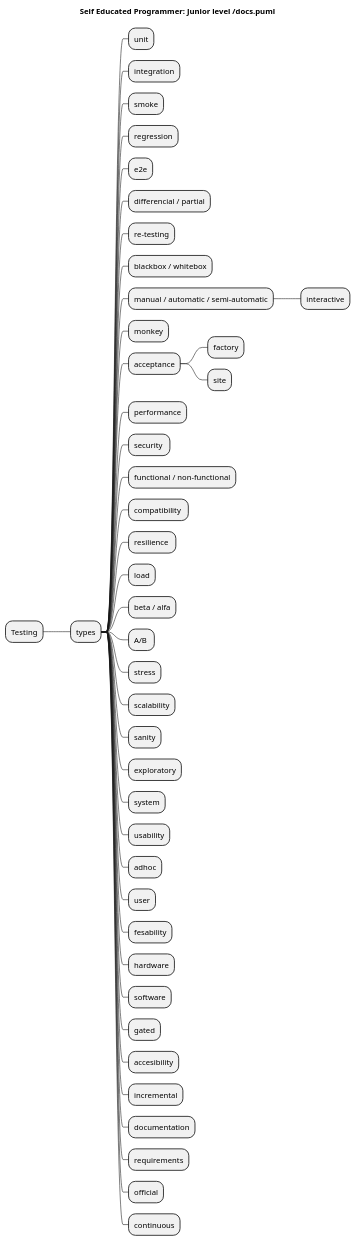
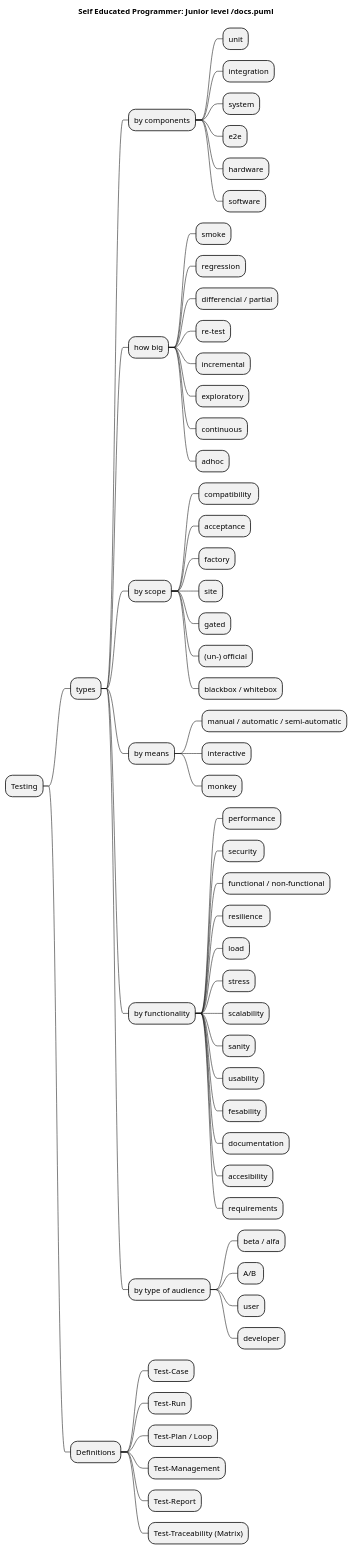
The diagram in testing.puml (SmartSoftDev/self_educated_software_programmer_path), drawn with PlantUML before and after one commit. The commit also changed 12 other files, not shown here.

```diff
--- a/testing.puml
+++ b/testing.puml
@@ -1,50 +1,71 @@
 @startmindmap
 title Self Educated Programmer: Junior level /docs.puml
 
 * Testing
 ** types
-*** unit
-*** integration
-*** smoke
-*** regression
-*** e2e
-*** differencial / partial
-*** re-testing
-*** blackbox / whitebox
-*** manual / automatic / semi-automatic
-**** interactive
-*** monkey
-*** acceptance
+
+*** by components
+**** unit
+**** integration
+**** system
+**** e2e
+**** hardware
+**** software
+
+*** how big
+**** smoke
+**** regression
+**** differencial / partial
+**** re-test
+**** incremental
+**** exploratory
+**** continuous
+**** adhoc
+
+*** by scope
+**** compatibility 
+**** acceptance
 **** factory
 **** site
-*** performance
-*** security 
-*** functional / non-functional
-*** compatibility 
-*** resilience 
-*** load
-*** beta / alfa
-*** A/B 
-*** stress
-*** scalability
-*** sanity
-*** exploratory
-*** system
-*** usability
-*** adhoc
-*** user
-*** fesability
-*** hardware
-*** software
-*** gated
-*** accesibility
-*** incremental
-*** documentation
-*** requirements
-*** official
-*** continuous
+**** gated
+**** (un-) official
+**** blackbox / whitebox
+
+*** by means
+**** manual / automatic / semi-automatic
+**** interactive
+**** monkey
+
+*** by functionality
+**** performance
+**** security 
+**** functional / non-functional
+**** resilience 
+**** load
+**** stress
+**** scalability
+**** sanity
+**** usability
+**** fesability
+**** documentation
+**** accesibility
+**** requirements
+
+*** by type of audience
+**** beta / alfa
+**** A/B 
+**** user
+**** developer
+
+** Definitions
+*** Test-Case
+*** Test-Run
+*** Test-Plan / Loop
+*** Test-Management
+*** Test-Report
+*** Test-Traceability (Matrix)
 
 
 
 
 @endmindmap
```
